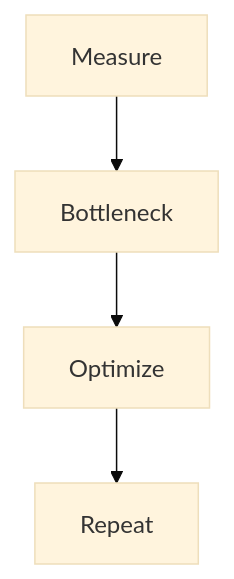
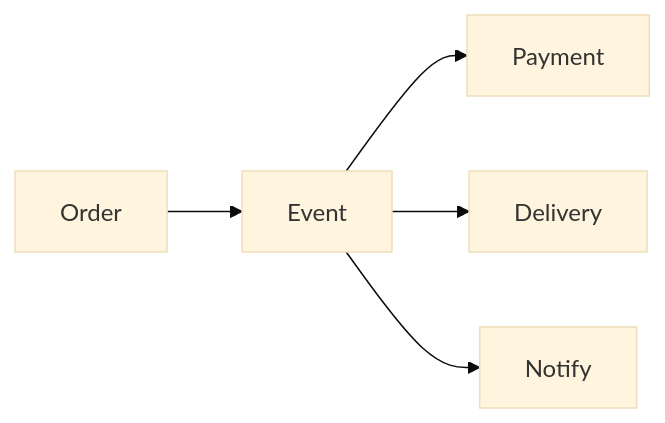
One commit to dbajajmnk/systemdesign changed the ninth of 11 diagrams in systemdesign/7. Performance and Latency Considerations/Concept.md. Above: the diagram before and after it, drawn with Mermaid (base theme). The commit also changed other lines of this file and 4 other files, not shown here.

````diff
--- a/systemdesign/7. Performance and Latency Considerations/Concept.md
+++ b/systemdesign/7. Performance and Latency Considerations/Concept.md
@@ -326,4 +250,9 @@
 ```mermaid
-flowchart TD
-    Measure --> Bottleneck --> Optimize --> Repeat
+flowchart LR
+
+Order --> Event
+
+Event --> Payment
+Event --> Delivery
+Event --> Notify
 ```
````
